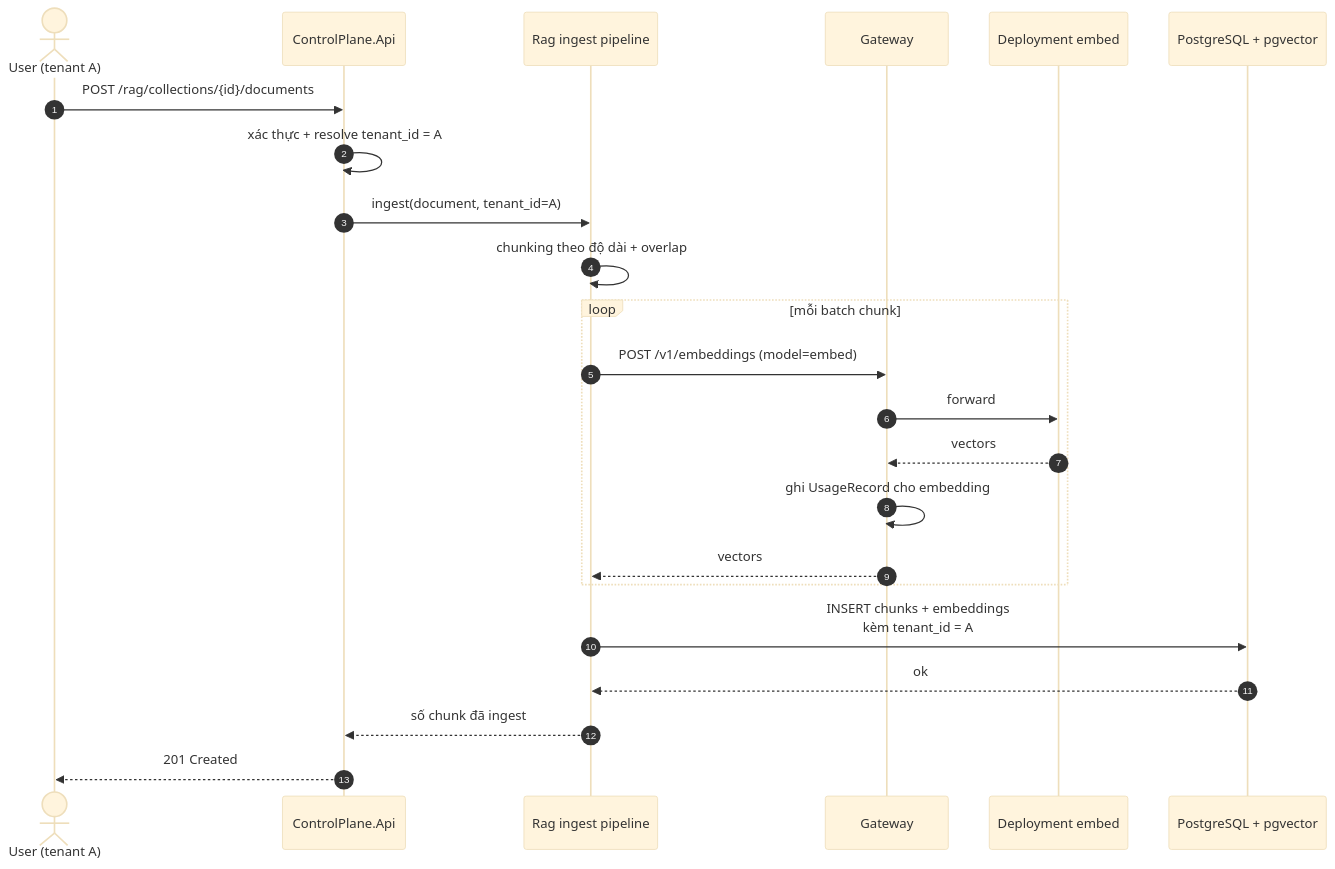
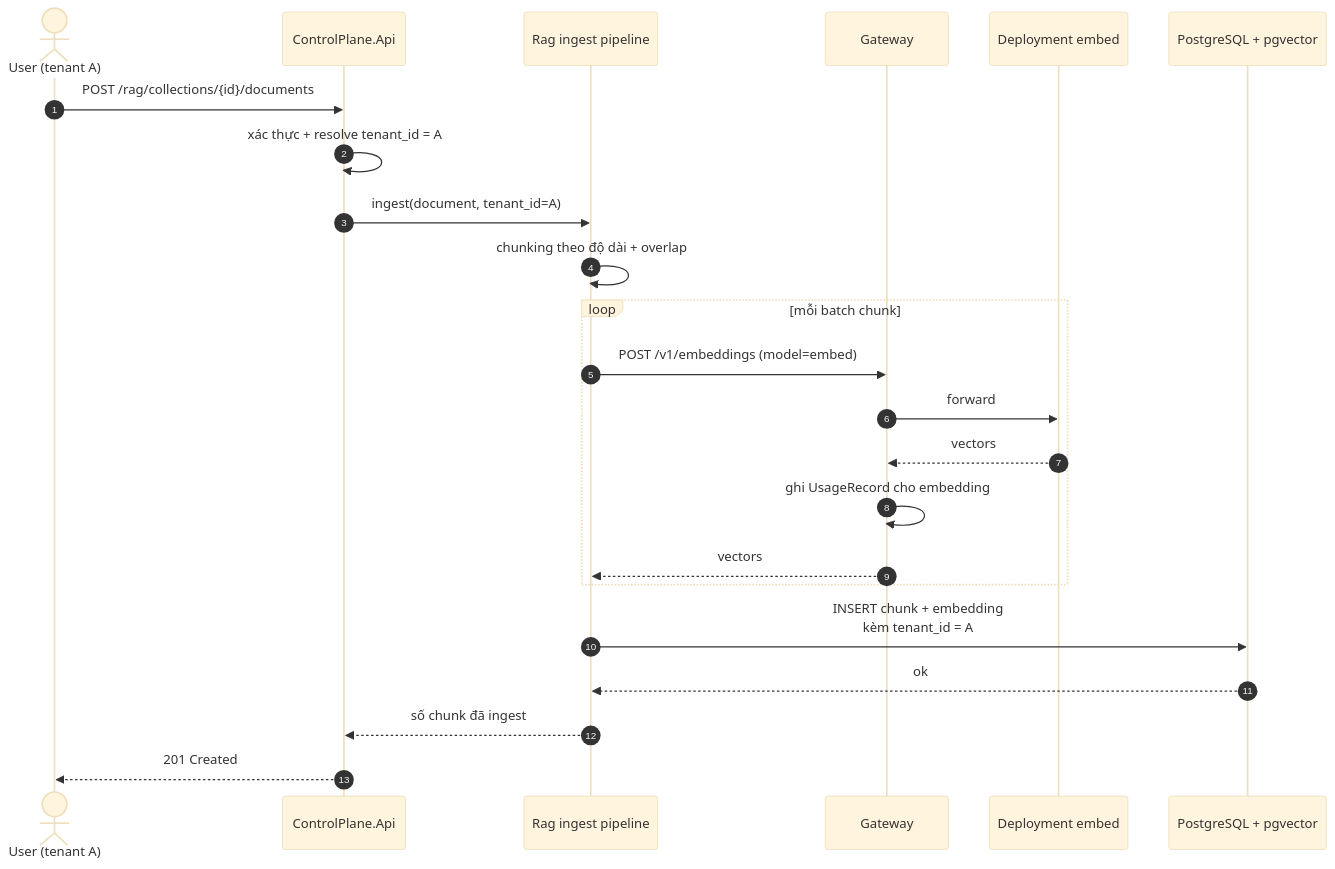
Before and after one commit to knightphucs/selfhost-llm-platform: the second of 5 diagrams in docs/sequences.md, drawn with Mermaid (base theme). The commit also changed other lines of this file, not shown here.

First line of the commit message:
docs: đồng bộ SQL retrieval trong sequences.md §2b với code

````diff
--- a/docs/sequences.md
+++ b/docs/sequences.md
@@ -82,28 +82,28 @@
 ```mermaid
 sequenceDiagram
     autonumber
     actor U as User (tenant A)
     participant CP as ControlPlane.Api
     participant ING as Rag ingest pipeline
     participant GW as Gateway
     participant EMB as Deployment embed
     participant DB as PostgreSQL + pgvector
 
     U->>CP: POST /rag/collections/{id}/documents
     CP->>CP: xác thực + resolve tenant_id = A
     CP->>ING: ingest(document, tenant_id=A)
     ING->>ING: chunking theo độ dài + overlap
 
     loop mỗi batch chunk
         ING->>GW: POST /v1/embeddings (model=embed)
         GW->>EMB: forward
         EMB-->>GW: vectors
         GW->>GW: ghi UsageRecord cho embedding
         GW-->>ING: vectors
     end
 
-    ING->>DB: INSERT chunks + embeddings<br/>kèm tenant_id = A
+    ING->>DB: INSERT chunk + embedding<br/>kèm tenant_id = A
     DB-->>ING: ok
     ING-->>CP: số chunk đã ingest
     CP-->>U: 201 Created
 ```
````
